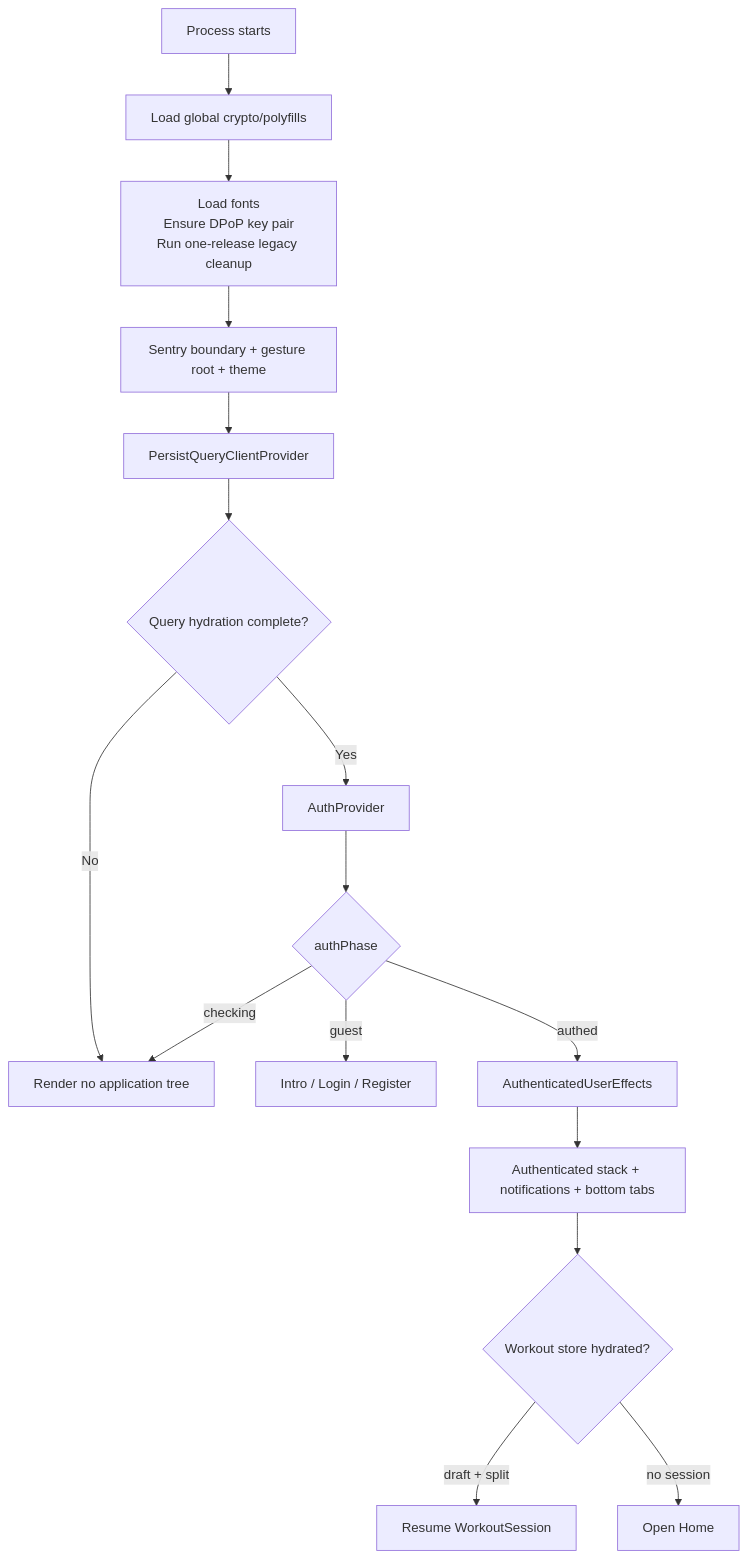
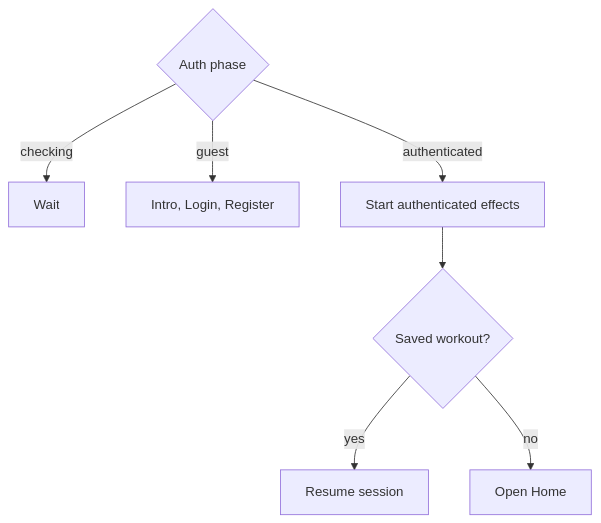
Before and after one commit to kobihanoch/Strong-Together-App: the second of 2 diagrams in docs/app-rendering-flow.md, drawn with Mermaid. The commit also changed other lines of this file and 21 other files, not shown here.

````diff
--- a/docs/app-rendering-flow.md
+++ b/docs/app-rendering-flow.md
@@ -5,18 +15,10 @@
 ```mermaid
 flowchart TD
-    Start[Process starts] --> Polyfill[Load global crypto/polyfills]
-    Polyfill --> Parallel[Load fonts<br/>Ensure DPoP key pair<br/>Run one-release legacy cleanup]
-    Parallel --> Root[Sentry boundary + gesture root + theme]
-    Root --> Persist[PersistQueryClientProvider]
-    Persist --> Gate{Query hydration complete?}
-    Gate -->|No| Blank[Render no application tree]
-    Gate -->|Yes| Auth[AuthProvider]
-    Auth --> Phase{authPhase}
-    Phase -->|checking| Blank
-    Phase -->|guest| AuthStack[Intro / Login / Register]
-    Phase -->|authed| Effects[AuthenticatedUserEffects]
-    Effects --> AppStack[Authenticated stack + notifications + bottom tabs]
-    AppStack --> SessionGate{Workout store hydrated?}
-    SessionGate -->|draft + split| Workout[Resume WorkoutSession]
-    SessionGate -->|no session| Home[Open Home]
+    Auth{Auth phase}
+    Auth -->|checking| Wait[Wait]
+    Auth -->|guest| Guest[Intro, Login, Register]
+    Auth -->|authenticated| Effects[Start authenticated effects]
+    Effects --> Workout{Saved workout?}
+    Workout -->|yes| Resume[Resume session]
+    Workout -->|no| Home[Open Home]
 ```
````
